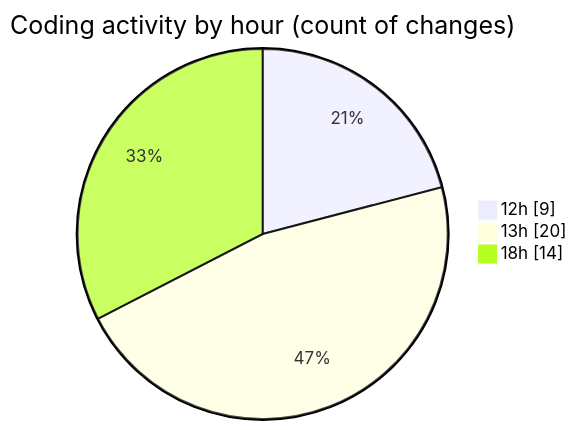
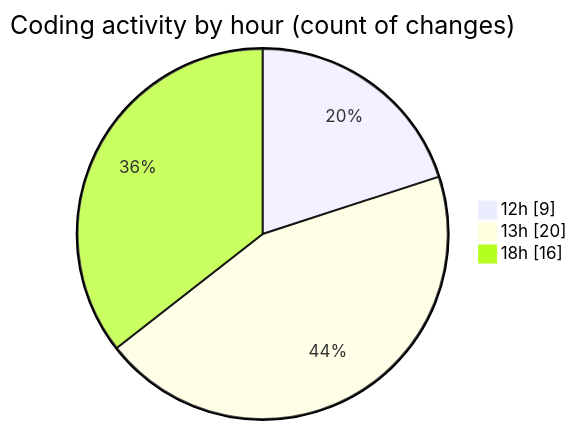
Before and after one commit to hasnaa123/code-tracking: the second of 2 diagrams in 2026-10-25/taskforge/README.md, drawn with Mermaid. The commit also changed other lines of this file and 1 other file, not shown here.

````diff
--- a/2026-10-25/taskforge/README.md
+++ b/2026-10-25/taskforge/README.md
@@ -29,7 +29,7 @@
 ```mermaid
 pie showData
 title Coding activity by hour (count of changes)
 "12h" : 9
 "13h" : 20
-"18h" : 14
+"18h" : 16
 ```
````
